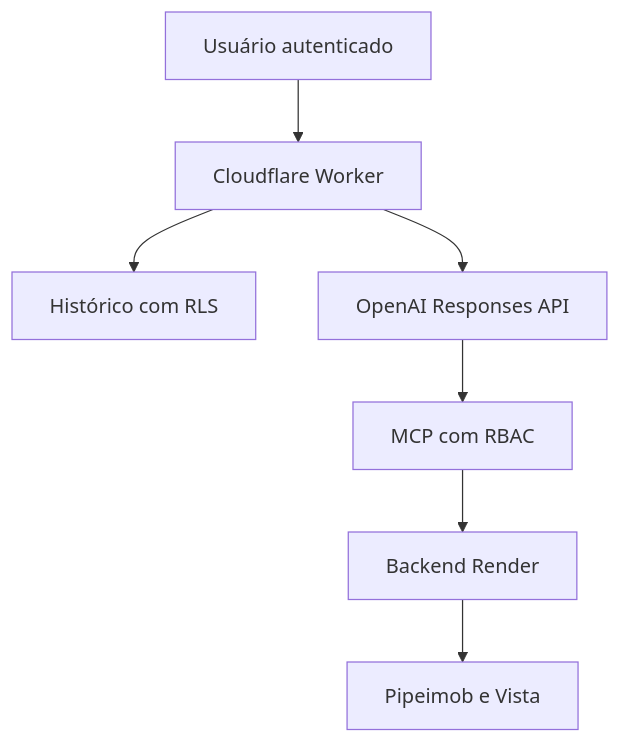
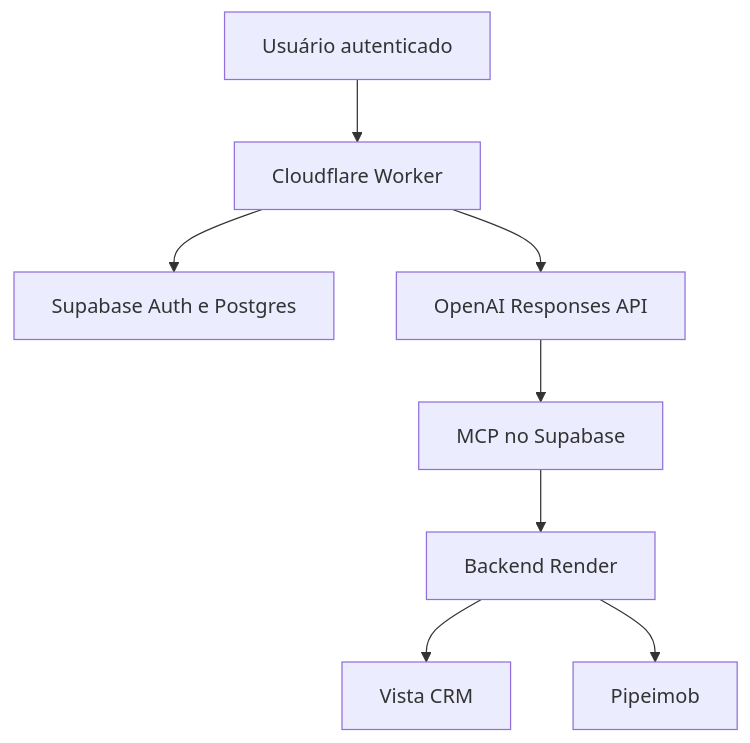
One commit to MarcelManduca/pipeimob-report changed the first of 5 diagrams in docs/GRALHA_INDICADORES_ARCHITECTURE.md. Above: the diagram before and after it, drawn with Mermaid. The commit also changed other lines of this file and 14 other files, not shown here.

````diff
--- a/docs/GRALHA_INDICADORES_ARCHITECTURE.md
+++ b/docs/GRALHA_INDICADORES_ARCHITECTURE.md
@@ -25,9 +50,10 @@
 ```mermaid
 flowchart TD
-    A["Usuário autenticado"] --> B["Cloudflare Worker"]
-    B --> C["Histórico com RLS"]
-    B --> D["OpenAI Responses API"]
-    D --> E["MCP com RBAC"]
-    E --> F["Backend Render"]
-    F --> G["Pipeimob e Vista"]
+    U["Usuário autenticado"] --> W["Cloudflare Worker"]
+    W --> S["Supabase Auth e Postgres"]
+    W --> O["OpenAI Responses API"]
+    O --> M["MCP no Supabase"]
+    M --> R["Backend Render"]
+    R --> V["Vista CRM"]
+    R --> P["Pipeimob"]
 ```
````
